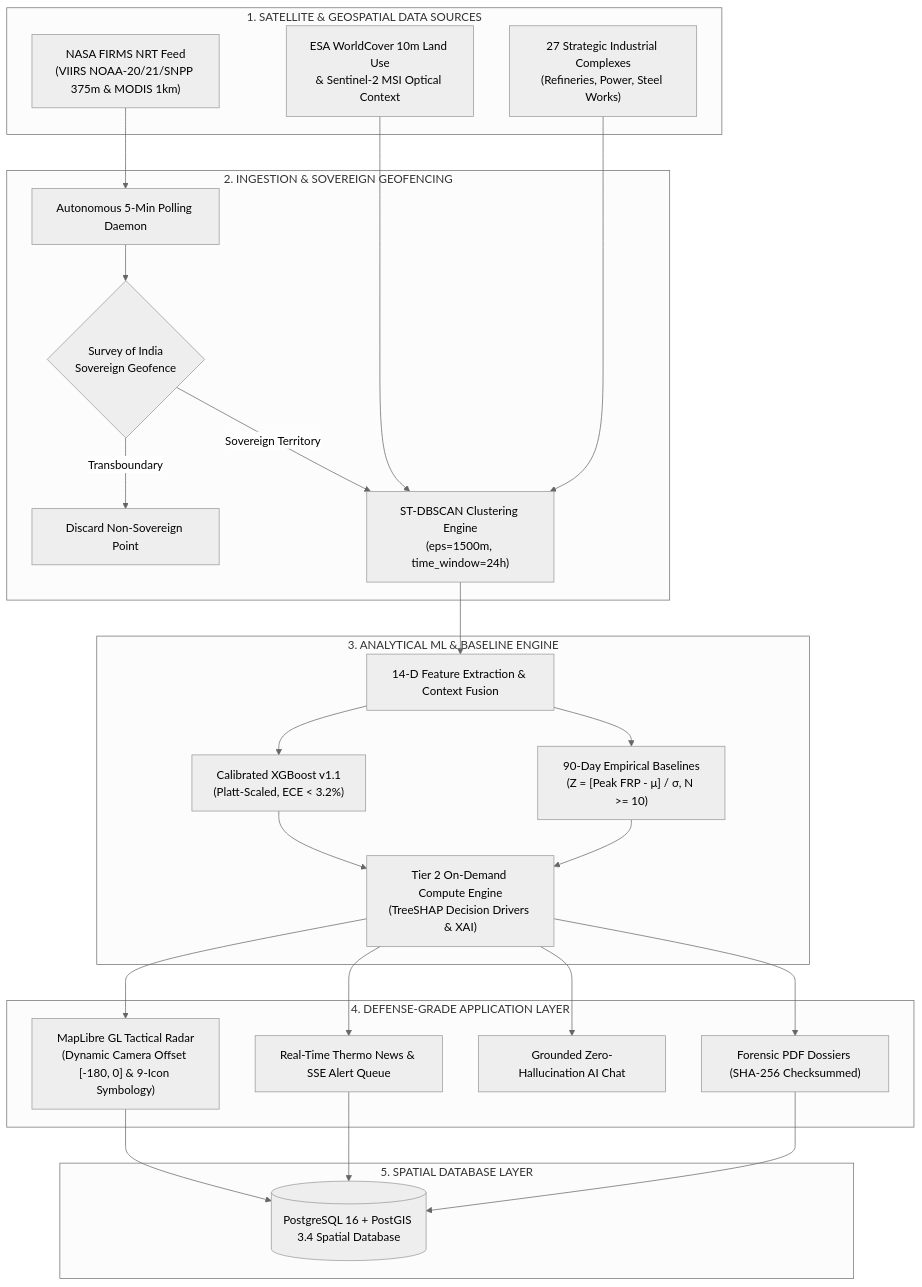
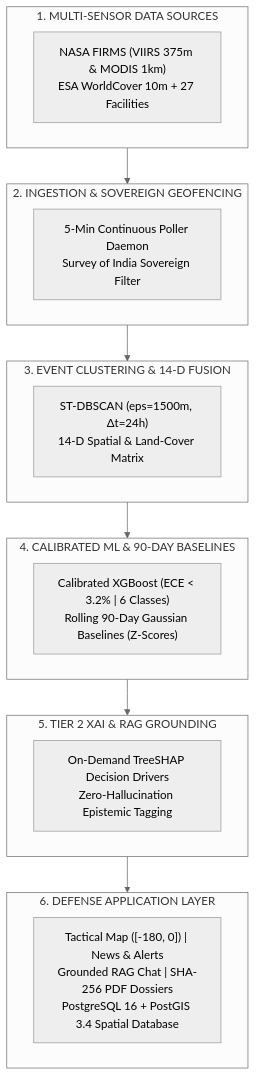
One commit to sharancode3/ThermoTrace-AI changed the diagram in SIH_2026_PPT_CORRECTIONS_AND_REFINEMENT.md. Above: the diagram before and after it, drawn with Mermaid (neutral theme). The commit also changed other lines of this file and 1 other file, not shown here.

Commit message:
docs: optimize architecture diagram for half-slide vertical layout in Slide 2

````diff
--- a/SIH_2026_PPT_CORRECTIONS_AND_REFINEMENT.md
+++ b/SIH_2026_PPT_CORRECTIONS_AND_REFINEMENT.md
@@ -65,39 +65,28 @@
 ```mermaid
 flowchart TD
-    subgraph SATELLITE_SOURCES["1. SATELLITE & GEOSPATIAL DATA SOURCES"]
-        FIRMS["NASA FIRMS NRT Feed<br/>(VIIRS NOAA-20/21/SNPP 375m & MODIS 1km)"]
-        LAND["ESA WorldCover 10m Land Use<br/>& Sentinel-2 MSI Optical Context"]
-        FAC["27 Strategic Industrial Complexes<br/>(Refineries, Power, Steel Works)"]
+    subgraph S1["1. MULTI-SENSOR DATA SOURCES"]
+        D1["NASA FIRMS (VIIRS 375m & MODIS 1km)<br/>ESA WorldCover 10m + 27 Facilities"]
     end
 
-    subgraph INGESTION["2. INGESTION & SOVEREIGN GEOFENCING"]
-        DAEMON["Autonomous 5-Min Polling Daemon"] --> GEOFENCE{"Survey of India<br/>Sovereign Geofence"}
-        GEOFENCE -->|Transboundary| DISCARD["Discard Non-Sovereign Point"]
-        GEOFENCE -->|Sovereign Territory| CLUSTER["ST-DBSCAN Clustering Engine<br/>(eps=1500m, time_window=24h)"]
+    subgraph S2["2. INGESTION & SOVEREIGN GEOFENCING"]
+        D2["5-Min Continuous Poller Daemon<br/>Survey of India Sovereign Filter"]
     end
 
-    FIRMS --> DAEMON
-    LAND --> CLUSTER
-    FAC --> CLUSTER
-
-    subgraph ANALYTICS["3. ANALYTICAL ML & BASELINE ENGINE"]
-        CLUSTER --> FEAT["14-D Feature Extraction & Context Fusion"]
-        FEAT --> XGB["Calibrated XGBoost v1.1<br/>(Platt-Scaled, ECE < 3.2%)"]
-        FEAT --> BASE["90-Day Empirical Baselines<br/>(Z = [Peak FRP - μ] / σ, N >= 10)"]
-        XGB --> TIER2["Tier 2 On-Demand Compute Engine<br/>(TreeSHAP Decision Drivers & XAI)"]
-        BASE --> TIER2
+    subgraph S3["3. EVENT CLUSTERING & 14-D FUSION"]
+        D3["ST-DBSCAN (eps=1500m, Δt=24h)<br/>14-D Spatial & Land-Cover Matrix"]
     end
 
-    subgraph APPS["4. DEFENSE-GRADE APPLICATION LAYER"]
-        TIER2 --> RADAR["MapLibre GL Tactical Radar<br/>(Dynamic Camera Offset [-180, 0] & 9-Icon Symbology)"]
-        TIER2 --> NEWS["Real-Time Thermo News & SSE Alert Queue"]
-        TIER2 --> RAG["Grounded Zero-Hallucination AI Chat"]
-        TIER2 --> PDF["Forensic PDF Dossiers (SHA-256 Checksummed)"]
+    subgraph S4["4. CALIBRATED ML & 90-DAY BASELINES"]
+        D4["Calibrated XGBoost (ECE < 3.2% | 6 Classes)<br/>Rolling 90-Day Gaussian Baselines (Z-Scores)"]
     end
 
-    subgraph STORAGE["5. SPATIAL DATABASE LAYER"]
-        RADAR --> POSTGIS[("PostgreSQL 16 + PostGIS 3.4 Spatial Database")]
-        NEWS --> POSTGIS
-        PDF --> POSTGIS
+    subgraph S5["5. TIER 2 XAI & RAG GROUNDING"]
+        D5["On-Demand TreeSHAP Decision Drivers<br/>Zero-Hallucination Epistemic Tagging"]
     end
+
+    subgraph S6["6. DEFENSE APPLICATION LAYER"]
+        D6["Tactical Map ([-180, 0]) | News & Alerts<br/>Grounded RAG Chat | SHA-256 PDF Dossiers<br/>PostgreSQL 16 + PostGIS 3.4 Spatial Database"]
+    end
+
+    S1 --> S2 --> S3 --> S4 --> S5 --> S6
 ```
````
